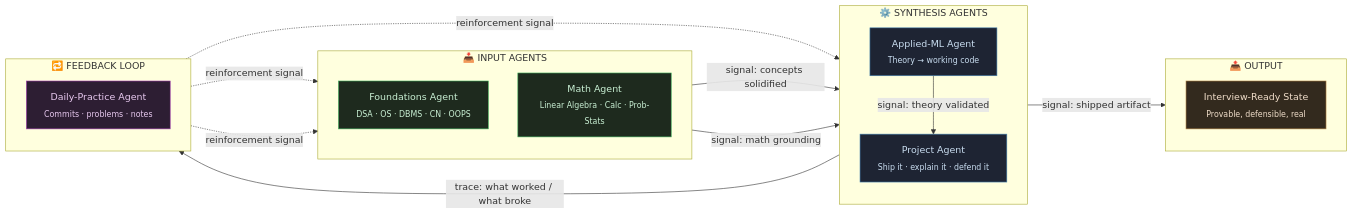
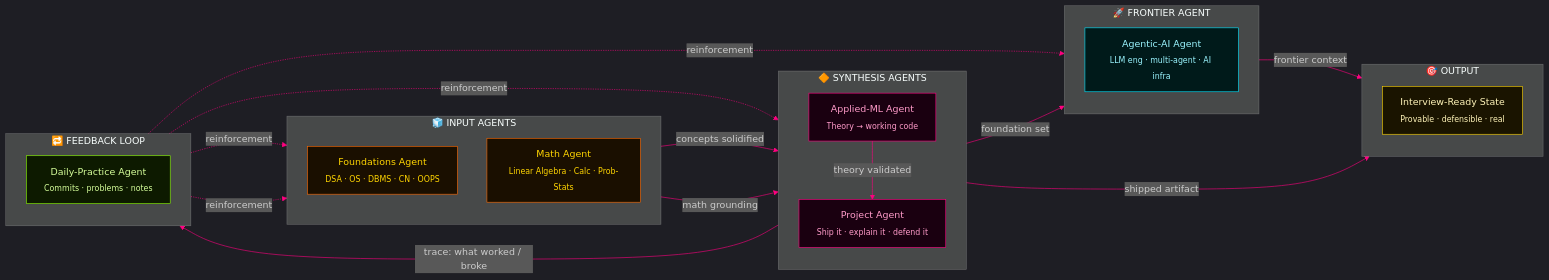
The diagram in README.md (yxshas565/ship-and-learn), drawn with Mermaid before and after one commit. The commit also changed other lines of this file, not shown here.

````diff
--- a/README.md
+++ b/README.md
@@ -29,40 +30,50 @@
 ```mermaid
+%%{init: {'theme':'dark', 'themeVariables': {'primaryColor':'#1a0f00','primaryBorderColor':'#FF6A00','primaryTextColor':'#FFD500','lineColor':'#FF0080','fontFamily':'Fira Code'}}}%%
 flowchart LR
-    subgraph INPUT["📥 INPUT AGENTS"]
+    subgraph INPUT["🧊 INPUT AGENTS"]
         direction TB
         I1["Foundations Agent<br/><sub>DSA · OS · DBMS · CN · OOPS</sub>"]
         I2["Math Agent<br/><sub>Linear Algebra · Calc · Prob-Stats</sub>"]
     end
 
-    subgraph CORE["⚙️ SYNTHESIS AGENTS"]
+    subgraph CORE["🔶 SYNTHESIS AGENTS"]
         direction TB
         C1["Applied-ML Agent<br/><sub>Theory → working code</sub>"]
         C2["Project Agent<br/><sub>Ship it · explain it · defend it</sub>"]
+    end
+
+    subgraph FRONTIER["🚀 FRONTIER AGENT"]
+        direction TB
+        F1["Agentic-AI Agent<br/><sub>LLM eng · multi-agent · AI infra</sub>"]
     end
 
     subgraph LOOP["🔁 FEEDBACK LOOP"]
         direction TB
         L1["Daily-Practice Agent<br/><sub>Commits · problems · notes</sub>"]
     end
 
-    subgraph OUTPUT["📤 OUTPUT"]
+    subgraph OUTPUT["🎯 OUTPUT"]
         direction TB
-        O1["Interview-Ready State<br/><sub>Provable, defensible, real</sub>"]
+        O1["Interview-Ready State<br/><sub>Provable · defensible · real</sub>"]
     end
 
-    I1 -->|"signal: concepts solidified"| C1
-    I2 -->|"signal: math grounding"| C1
-    C1 -->|"signal: theory validated"| C2
-    C2 -->|"signal: shipped artifact"| O1
-    C2 -->|"trace: what worked / what broke"| L1
-    L1 -.->|"reinforcement signal"| I1
-    L1 -.->|"reinforcement signal"| I2
-    L1 -.->|"reinforcement signal"| C1
+    I1 -->|"concepts solidified"| C1
+    I2 -->|"math grounding"| C1
+    C1 -->|"theory validated"| C2
+    C1 -->|"foundation set"| F1
+    C2 -->|"shipped artifact"| O1
+    F1 -->|"frontier context"| O1
+    C2 -->|"trace: what worked / broke"| L1
+    L1 -.->|"reinforcement"| I1
+    L1 -.->|"reinforcement"| I2
+    L1 -.->|"reinforcement"| C1
+    L1 -.->|"reinforcement"| F1
 
-    style I1 fill:#1e2a1e,stroke:#3fae5c,color:#c9f0d4
-    style I2 fill:#1e2a1e,stroke:#3fae5c,color:#c9f0d4
-    style C1 fill:#1e2433,stroke:#3f7dae,color:#c9ddf0
-    style C2 fill:#1e2433,stroke:#3f7dae,color:#c9ddf0
-    style L1 fill:#2d1e33,stroke:#a13fae,color:#e8c9f0
-    style O1 fill:#332a1e,stroke:#ae7d3f,color:#f0ddc9
+    style I1 fill:#1a0f00,stroke:#FF6A00,color:#FFD500
+    style I2 fill:#1a0f00,stroke:#FF6A00,color:#FFD500
+    style C1 fill:#1a0010,stroke:#FF0080,color:#FF9AC9
+    style C2 fill:#1a0010,stroke:#FF0080,color:#FF9AC9
+    style F1 fill:#001a1a,stroke:#00E5FF,color:#9AF5FF
+    style L1 fill:#0d1a00,stroke:#8CFF00,color:#D6FF9A
+    style O1 fill:#1a1400,stroke:#FFD500,color:#FFF4B8
 ```
````
